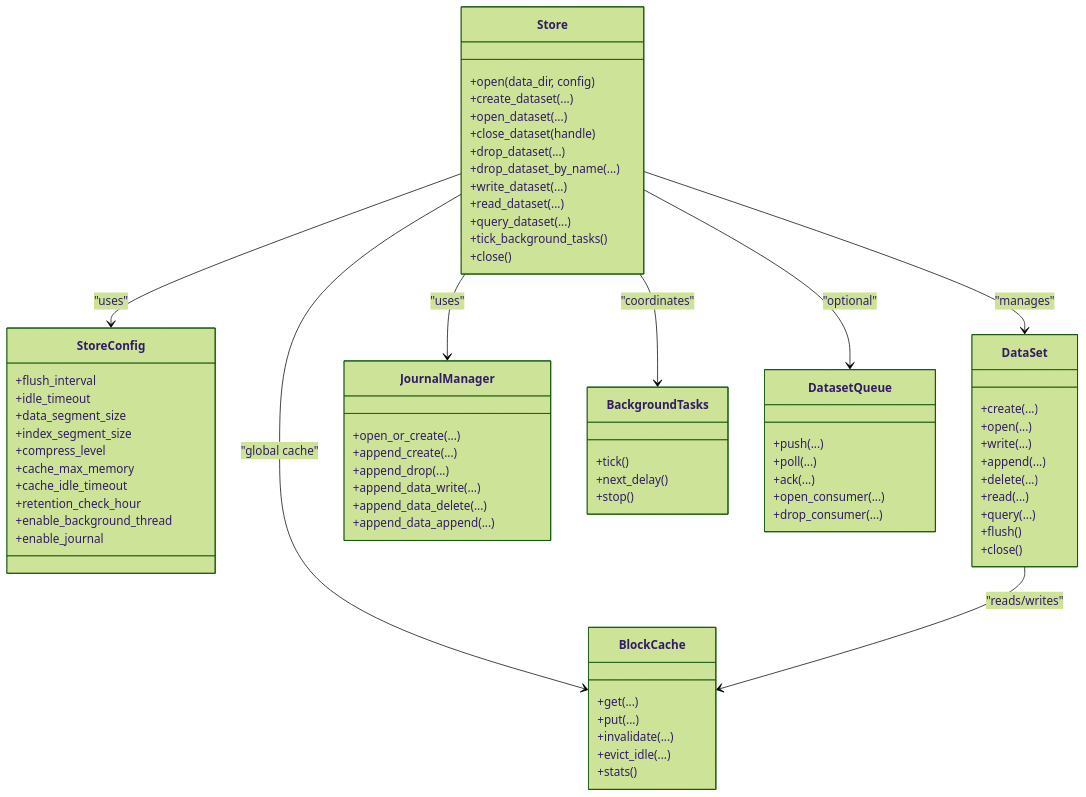
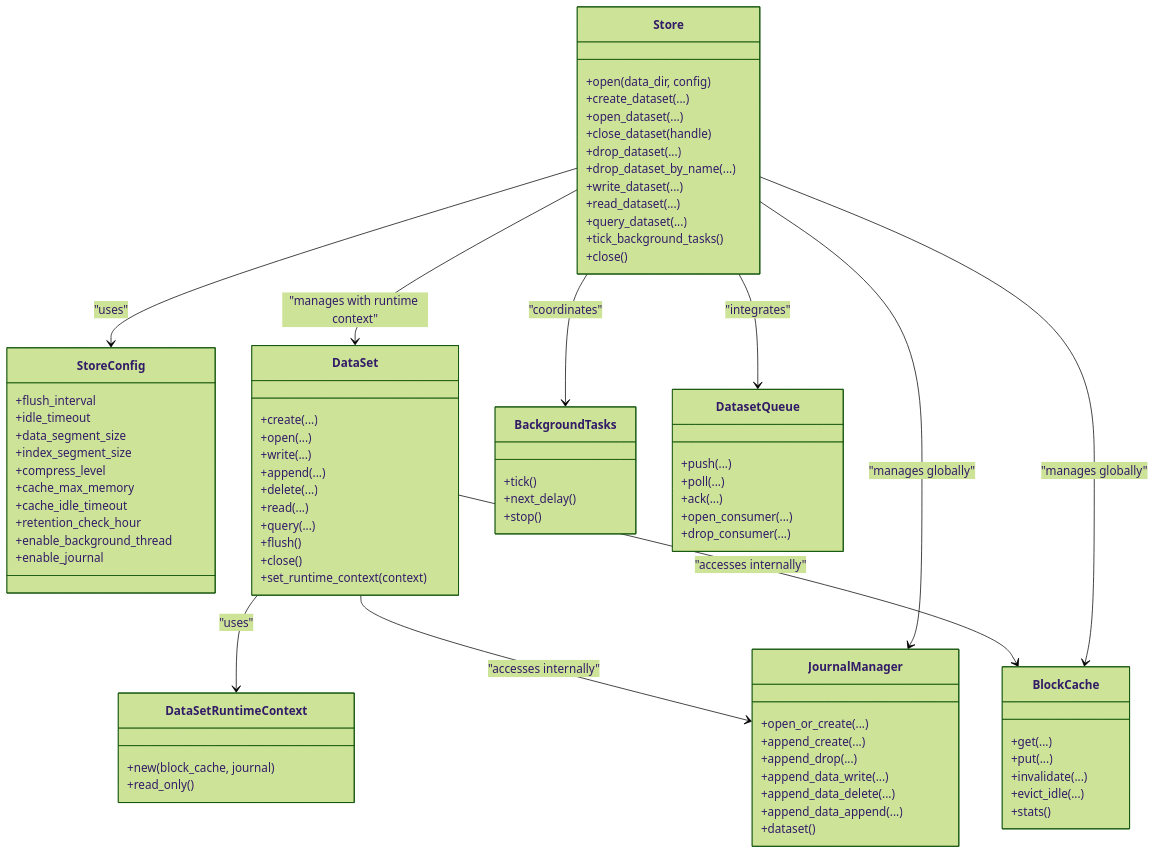
The third of 3 diagrams in .qoder/repowiki/en/content/API Reference/Rust API/Store Management.md (snower/timslite), drawn with Mermaid (forest theme) before and after one commit. The commit also changed other lines of this file and 35 other files, not shown here.

Commit message:
P2-4: correction 变长覆盖仍残留 "移动后续字节" 的过宽描述，按建议优化 P2-5: queue 的锁层级说明与 condvar 叙述容易误导，按建议优化 P2-6: Journal TLV `u16 length` 与名称/meta 上限缺少统一校验说明，按建议优化

````diff
--- a/.qoder/repowiki/en/content/API Reference/Rust API/Store Management.md
+++ b/.qoder/repowiki/en/content/API Reference/Rust API/Store Management.md
@@ -310,73 +344,81 @@
 ```mermaid
 classDiagram
 class Store {
 +open(data_dir, config)
 +create_dataset(...)
 +open_dataset(...)
 +close_dataset(handle)
 +drop_dataset(...)
 +drop_dataset_by_name(...)
 +write_dataset(...)
 +read_dataset(...)
 +query_dataset(...)
 +tick_background_tasks()
 +close()
 }
 class StoreConfig {
 +flush_interval
 +idle_timeout
 +data_segment_size
 +index_segment_size
 +compress_level
 +cache_max_memory
 +cache_idle_timeout
 +retention_check_hour
 +enable_background_thread
 +enable_journal
 }
 class DataSet {
 +create(...)
 +open(...)
 +write(...)
 +append(...)
 +delete(...)
 +read(...)
 +query(...)
 +flush()
 +close()
++set_runtime_context(context)
+}
+class DataSetRuntimeContext {
++new(block_cache, journal)
++read_only()
 }
 class JournalManager {
 +open_or_create(...)
 +append_create(...)
 +append_drop(...)
 +append_data_write(...)
 +append_data_delete(...)
 +append_data_append(...)
++dataset()
 }
 class BackgroundTasks {
 +tick()
 +next_delay()
 +stop()
 }
 class BlockCache {
 +get(...)
 +put(...)
 +invalidate(...)
 +evict_idle(...)
 +stats()
 }
 class DatasetQueue {
 +push(...)
 +poll(...)
 +ack(...)
 +open_consumer(...)
 +drop_consumer(...)
 }
 Store --> StoreConfig : "uses"
-Store --> DataSet : "manages"
-Store --> JournalManager : "uses"
+Store --> DataSet : "manages with runtime context"
+Store --> JournalManager : "manages globally"
 Store --> BackgroundTasks : "coordinates"
-Store --> BlockCache : "global cache"
-Store --> DatasetQueue : "optional"
-DataSet --> BlockCache : "reads/writes"
+Store --> BlockCache : "manages globally"
+Store --> DatasetQueue : "integrates"
+DataSet --> DataSetRuntimeContext : "uses"
+DataSet --> BlockCache : "accesses internally"
+DataSet --> JournalManager : "accesses internally"
 ```
````
